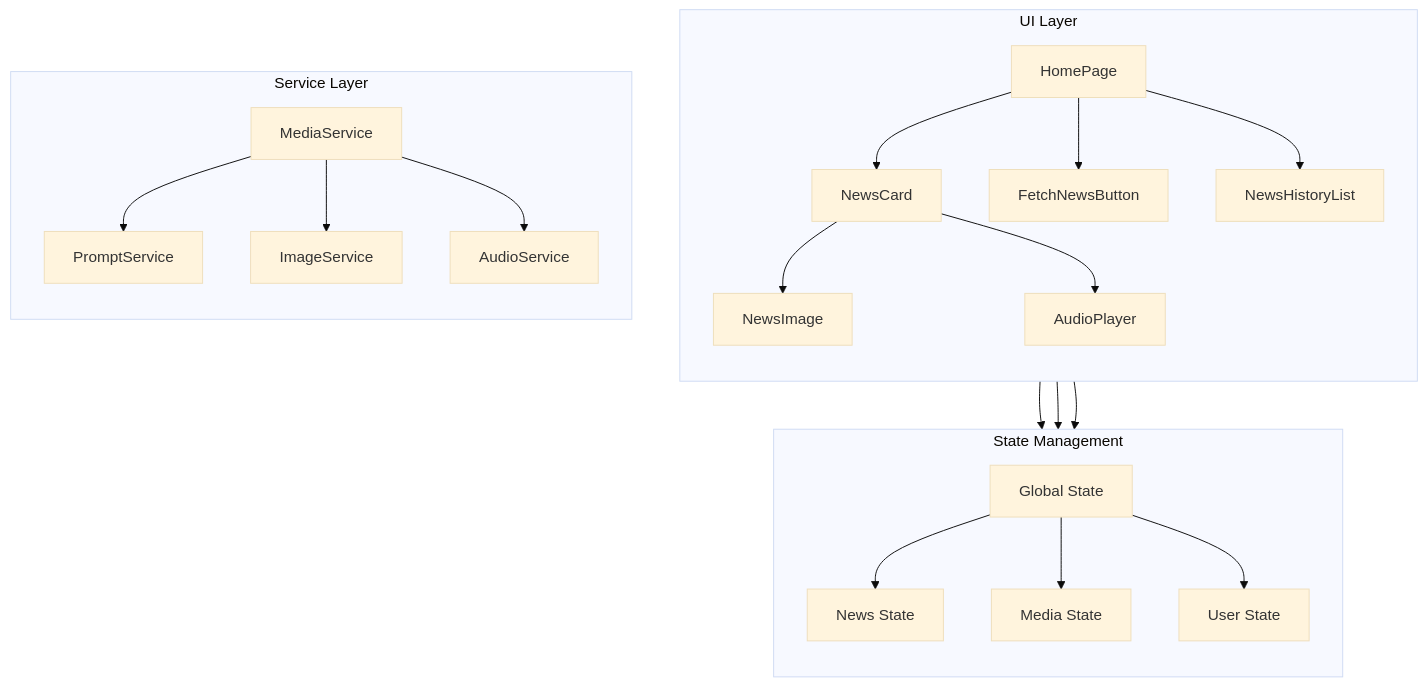
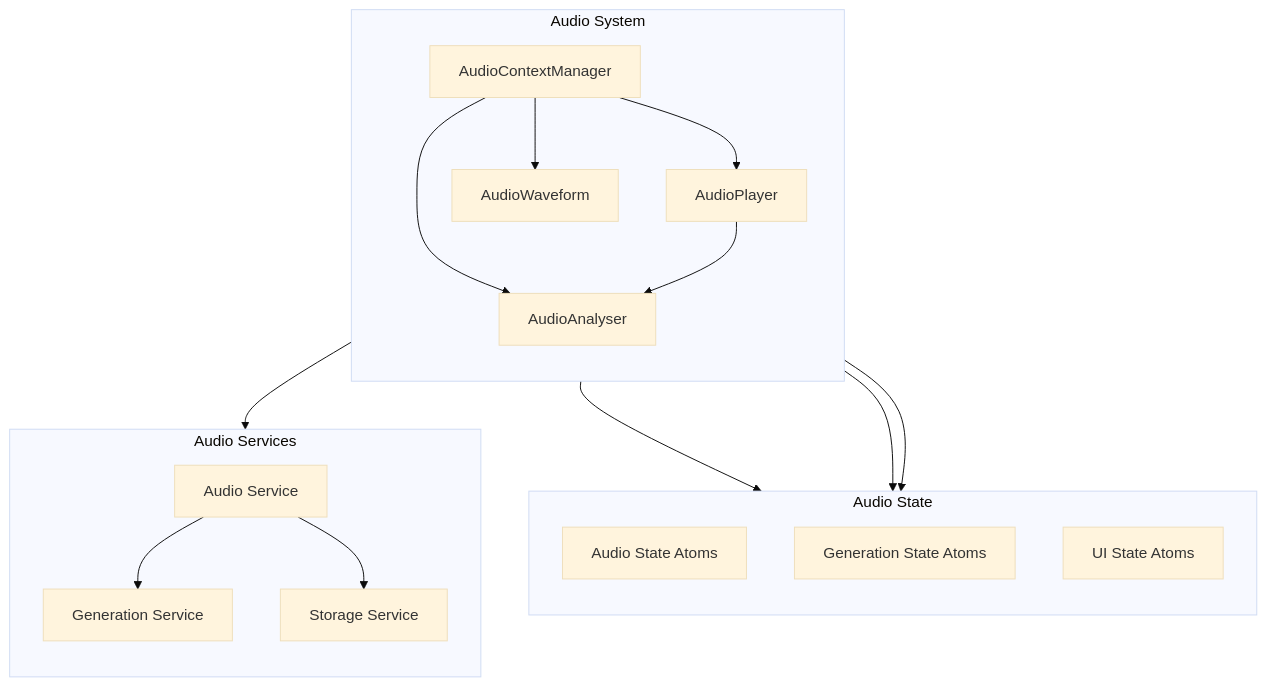
The second of 17 diagrams in docs/architecture.md (moisestech/ai24-news), drawn with Mermaid (base theme) before and after one commit. The commit also changed other lines of this file and 8 other files, not shown here.

````diff
--- a/docs/architecture.md
+++ b/docs/architecture.md
@@ -48,46 +51,37 @@
 ```mermaid
 graph TD
-    subgraph UI["UI Layer"]
+    subgraph Audio["Audio System"]
         direction TB
-        A[HomePage]:::components
-        B[NewsCard]:::components
-        C[FetchNewsButton]:::components
-        D[NewsHistoryList]:::components
-        E[NewsImage]:::components
-        F[AudioPlayer]:::components
+        A[AudioContextManager]:::core
+        B[AudioPlayer]:::component
+        C[AudioWaveform]:::component
+        D[AudioAnalyser]:::core
         
         A --> B
         A --> C
         A --> D
-        B --> E
-        B --> F
+        B --> D
     end
 
-    subgraph State["State Management"]
+    subgraph State["Audio State"]
         direction TB
-        G[Global State]:::state
-        H[News State]:::state
-        I[Media State]:::state
-        J[User State]:::state
+        E[Audio State Atoms]:::state
+        F[Generation State Atoms]:::state
+        G[UI State Atoms]:::state
         
-        G --> H
-        G --> I
-        G --> J
+        A --> E
+        B --> E
+        C --> E
     end
 
-    subgraph Services["Service Layer"]
+    subgraph Services["Audio Services"]
         direction TB
-        K[MediaService]:::services
-        L[PromptService]:::services
-        M[ImageService]:::services
-        N[AudioService]:::services
+        H[Audio Service]:::service
+        I[Generation Service]:::service
+        J[Storage Service]:::service
         
-        K --> L
-        K --> M
-        K --> N
+        B --> H
+        H --> I
+        H --> J
     end
-
-    B --> G
-    C --> G
-    D --> G
 ```
````
